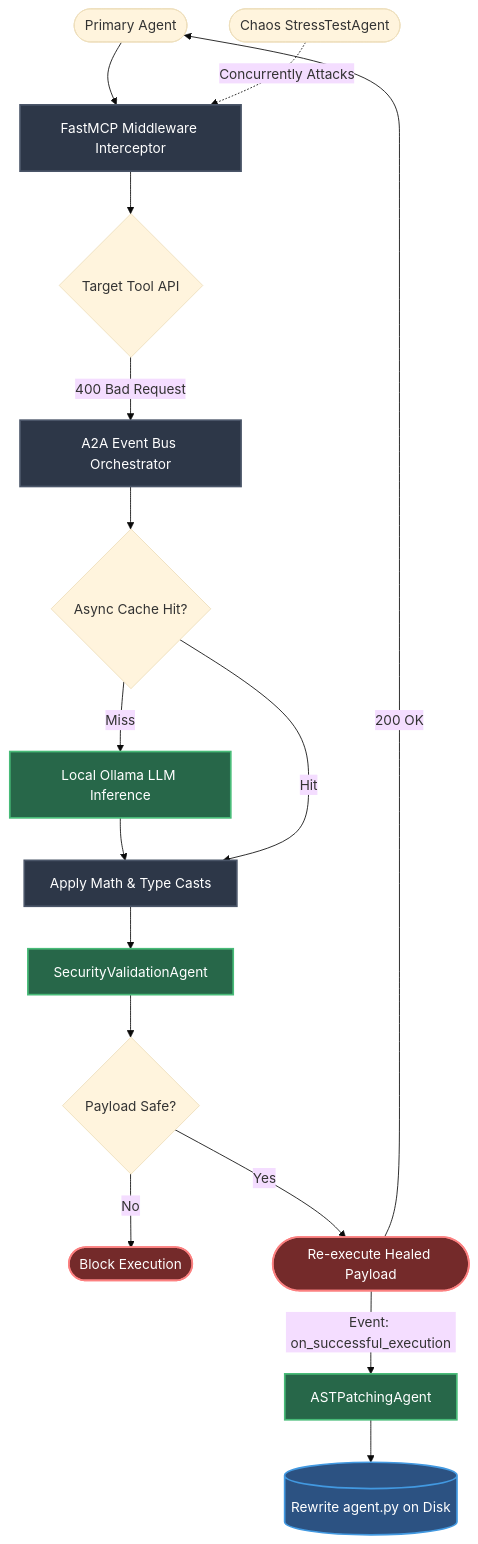
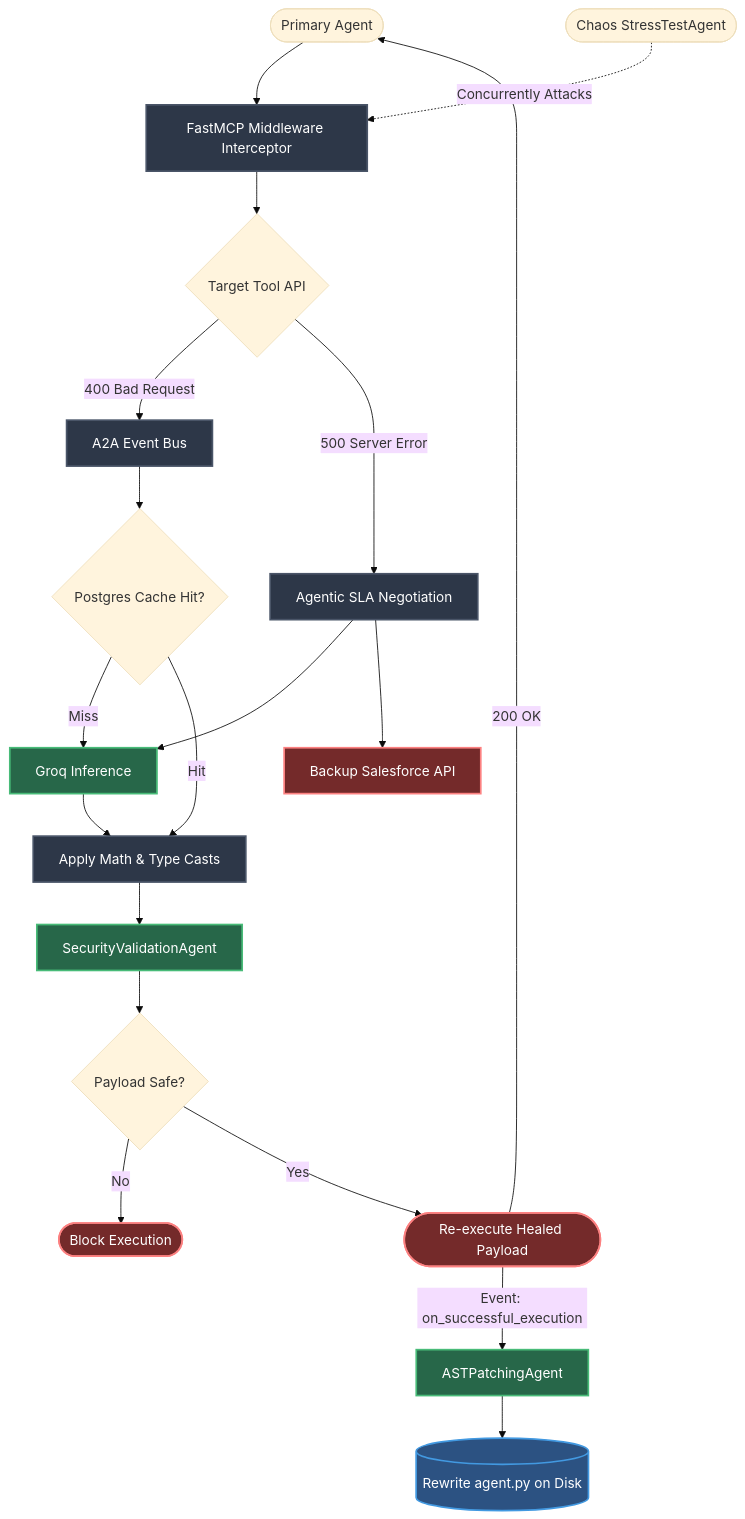
Before and after one commit to yaseenzj/Agent-Arc: the diagram in README.md, drawn with Mermaid (base theme). The commit also changed other lines of this file and 2 other files, not shown here.

Commit message:
upgraded

````diff
--- a/README.md
+++ b/README.md
@@ -54,31 +55,35 @@
 ```mermaid
 graph TD
     %% Styling
     classDef stage fill:#2d3748,stroke:#4a5568,stroke-width:2px,color:#fff
     classDef db fill:#2c5282,stroke:#4299e1,stroke-width:2px,color:#fff
     classDef agent fill:#276749,stroke:#48bb78,stroke-width:2px,color:#fff
     classDef endpoint fill:#742a2a,stroke:#fc8181,stroke-width:2px,color:#fff
     
     Primary([ Primary Agent]) --> Interceptor[FastMCP Middleware Interceptor]:::stage
     
     Interceptor --> Target{Target Tool API}
-    Target -- 400 Bad Request --> Engine[A2A Event Bus Orchestrator]:::stage
+    Target -- 400 Bad Request --> Engine[A2A Event Bus]:::stage
+    Target -- 500 Server Error --> VendorSwap[Agentic SLA Negotiation]:::stage
     
-    Engine --> CacheCheck{Async Cache Hit?}
-    CacheCheck -- Miss --> LLM[Local Ollama LLM Inference]:::agent
+    Engine --> CacheCheck{Postgres Cache Hit?}
+    CacheCheck -- Miss --> LLM[Groq Inference]:::agent
     LLM --> Transform[Apply Math & Type Casts]:::stage
     CacheCheck -- Hit --> Transform
+    
+    VendorSwap --> LLM
+    VendorSwap --> Backup[Backup Salesforce API]:::endpoint
     
     Transform --> Guardian[SecurityValidationAgent]:::agent
     
     Guardian --> Safe{Payload Safe?}
     Safe -- No --> Block([Block Execution]):::endpoint
     Safe -- Yes --> ReExecute([Re-execute Healed Payload]):::endpoint
     
     ReExecute -- 200 OK --> Primary
     ReExecute -- Event: on_successful_execution --> Mechanic[ASTPatchingAgent]:::agent
     
     Mechanic --> Rewrite[(Rewrite agent.py on Disk)]:::db
     
     Gremlin([ Chaos StressTestAgent]) -. Concurrently Attacks .-> Interceptor
 ```
````
